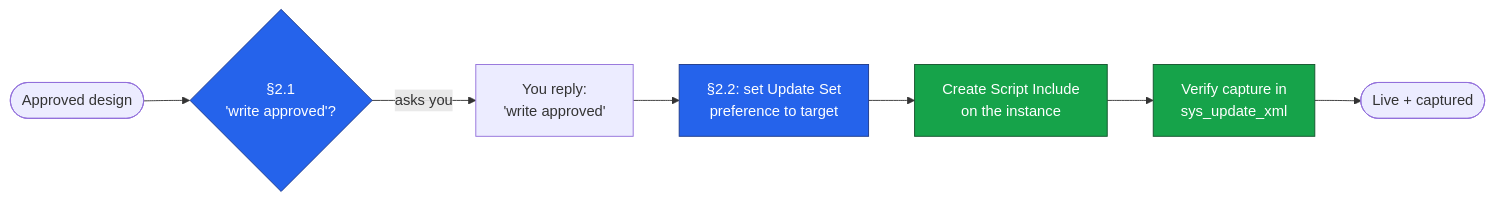
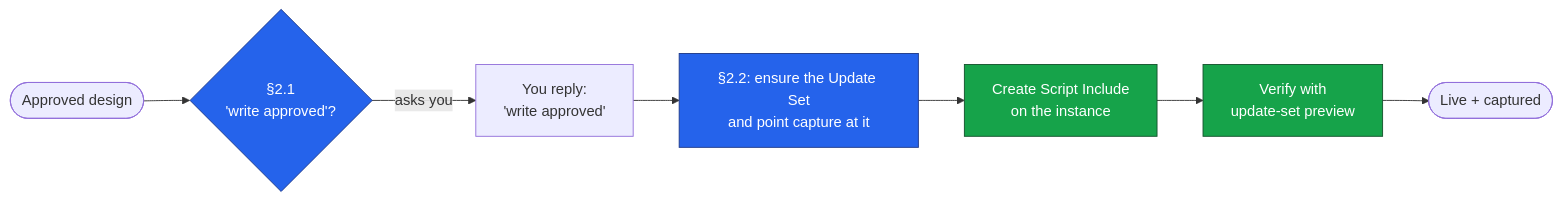
The second of 2 diagrams in docs/USER-GUIDE-AND-EXAMPLES.md (farstic/claude-servicenow-live), drawn with Mermaid before and after one commit. The commit also changed other lines of this file and 18 other files, not shown here.

````diff
--- a/docs/USER-GUIDE-AND-EXAMPLES.md
+++ b/docs/USER-GUIDE-AND-EXAMPLES.md
@@ -210,14 +210,14 @@
 ```mermaid
 flowchart LR
     A([Approved design]) --> G1{§2.1<br/>'write approved'?}
     G1 -->|asks you| You[You reply:<br/>'write approved']
-    You --> G2[§2.2: set Update Set<br/>preference to target]
+    You --> G2[§2.2: ensure the Update Set<br/>and point capture at it]
     G2 --> W[Create Script Include<br/>on the instance]
-    W --> V[Verify capture in<br/>sys_update_xml]
+    W --> V[Verify with<br/>update-set preview]
     V --> D([Live + captured])
 
     classDef gate fill:#2563eb,stroke:#1e3a8a,color:#fff
     classDef act fill:#16a34a,stroke:#14532d,color:#fff
     class G1,G2 gate
     class W,V act
 ```
````
